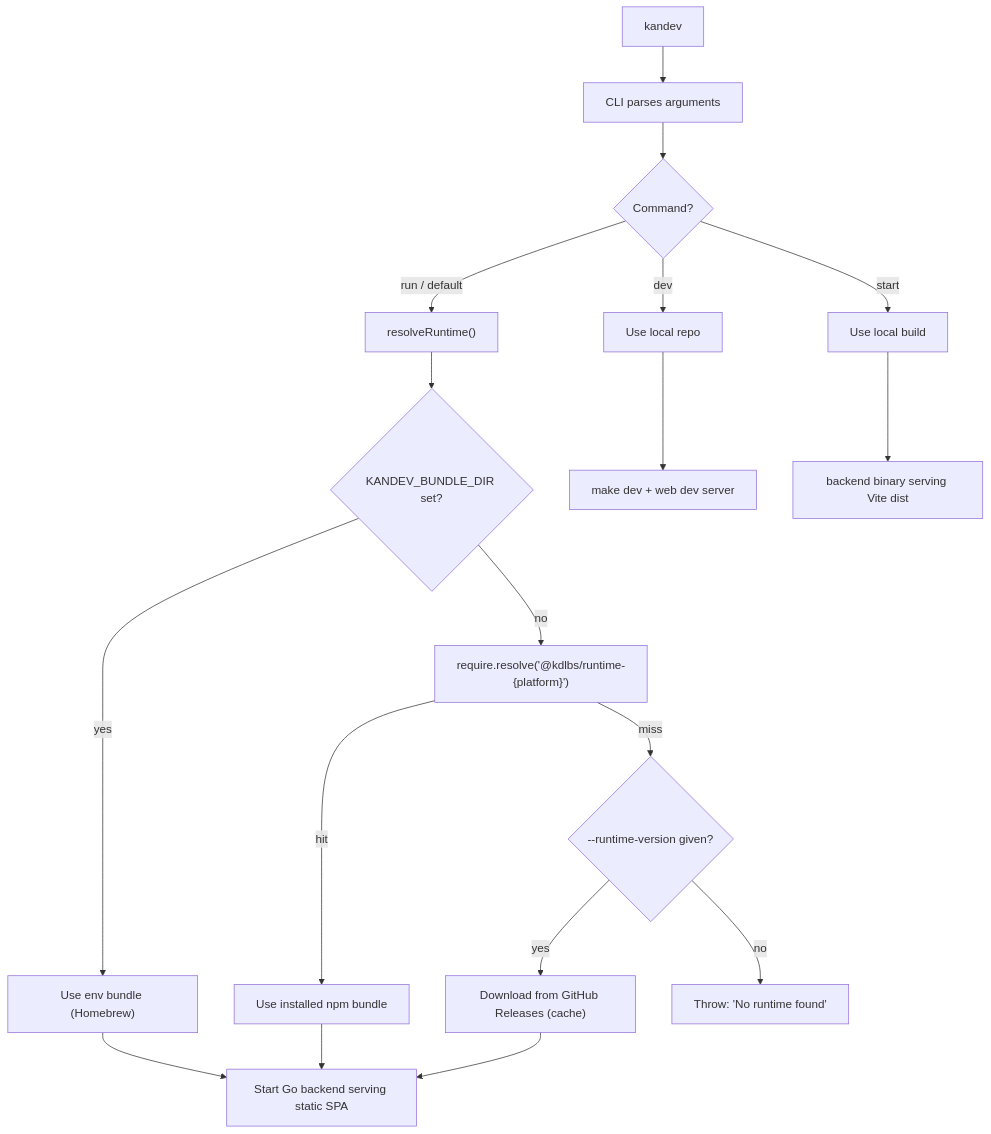
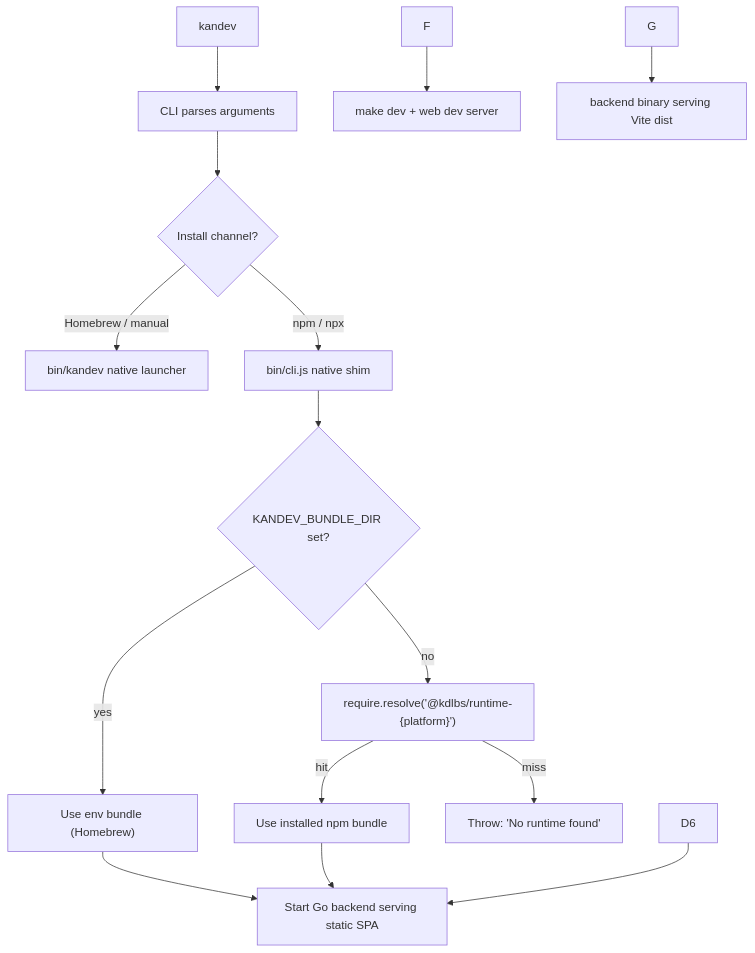
The diagram in apps/cli/README_internal.md (kdlbs/kandev), drawn with Mermaid before and after one commit. The commit also changed other lines of this file and 96 other files, not shown here.

Commit message:
feat: add native kandev launcher

````diff
--- a/apps/cli/README_internal.md
+++ b/apps/cli/README_internal.md
@@ -5,24 +5,21 @@
 ```mermaid
 flowchart TD
     A["kandev"] --> B["CLI parses arguments"]
-    B --> C{"Command?"}
+    B --> C{"Install channel?"}
 
-    C -->|run / default| D["resolveRuntime()"]
-    C -->|dev| F["Use local repo"]
-    C -->|start| G["Use local build"]
+    C -->|Homebrew / manual| H["bin/kandev native launcher"]
+    C -->|npm / npx| D["bin/cli.js native shim"]
 
     D --> D1{"KANDEV_BUNDLE_DIR set?"}
     D1 -->|yes| D2["Use env bundle (Homebrew)"]
     D1 -->|no| D3["require.resolve('@kdlbs/runtime-{platform}')"]
     D3 -->|hit| D4["Use installed npm bundle"]
-    D3 -->|miss| D5{"--runtime-version given?"}
-    D5 -->|yes| D6["Download from GitHub Releases (cache)"]
-    D5 -->|no| D7["Throw: 'No runtime found'"]
+    D3 -->|miss| D5["Throw: 'No runtime found'"]
 
     D2 --> E["Start Go backend serving static SPA"]
     D4 --> E
     D6 --> E
 
     F --> F1["make dev + web dev server"]
     G --> G1["backend binary serving Vite dist"]
 ```
````
